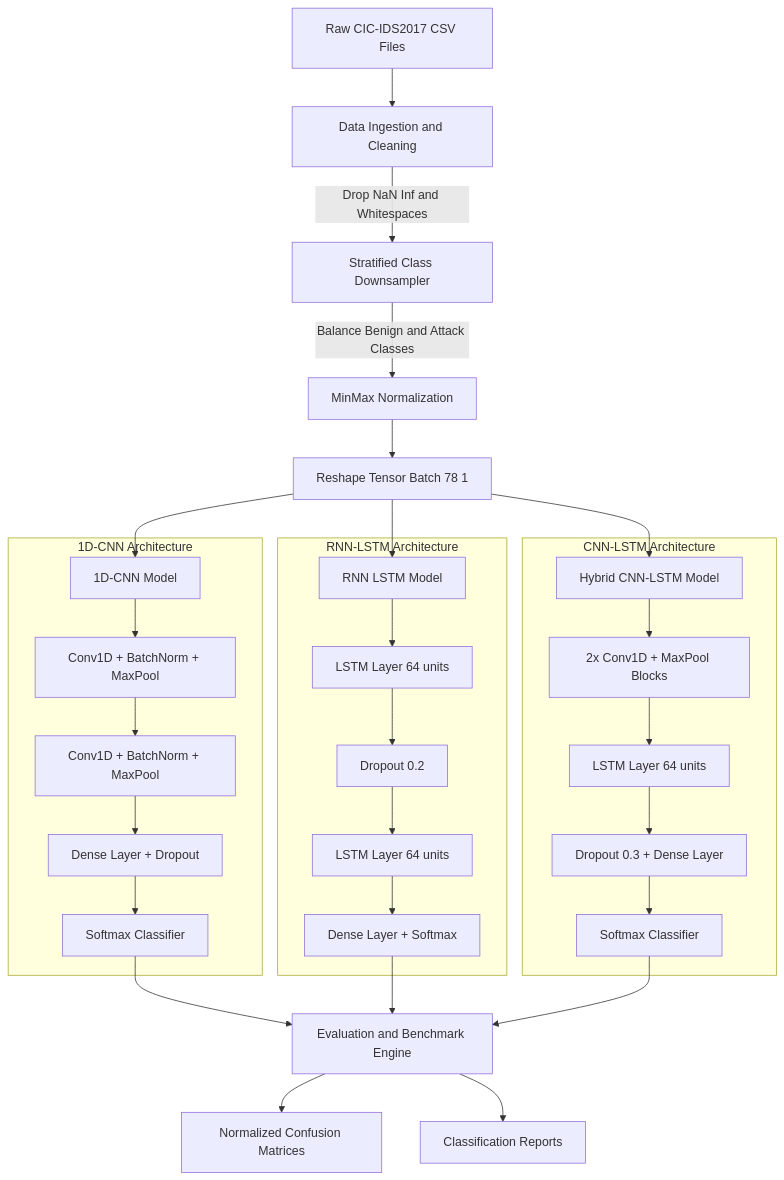
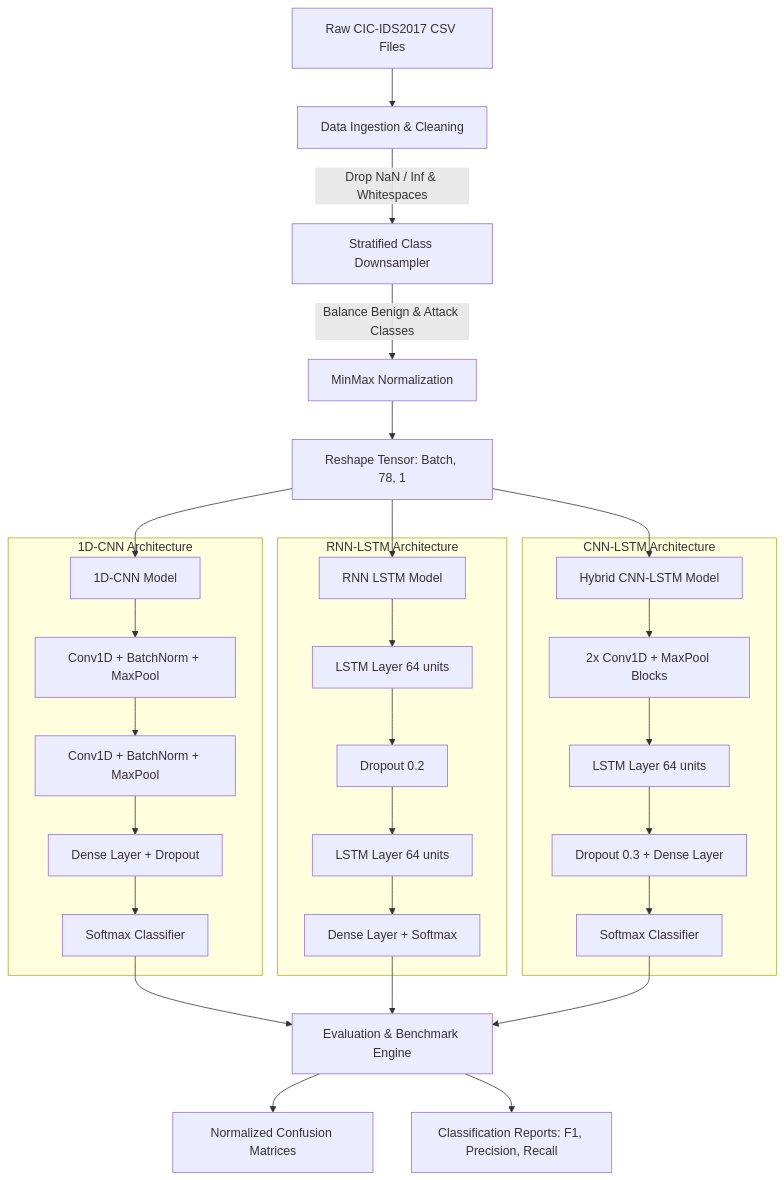
One commit to Arboreal-cohn3569/deep-flow-ids changed the first of 2 diagrams in README.md. Above: the diagram before and after it, drawn with Mermaid. The commit also changed other lines of this file, not shown here.

````diff
--- a/README.md
+++ b/README.md
@@ -32,39 +33,39 @@
 ```mermaid
 flowchart TD
-    A[Raw CIC-IDS2017 CSV Files] --> B[Data Ingestion and Cleaning]
-    B -->|Drop NaN Inf and Whitespaces| C[Stratified Class Downsampler]
-    C -->|Balance Benign and Attack Classes| D[MinMax Normalization]
-    D --> E[Reshape Tensor Batch 78 1]
+    A[Raw CIC-IDS2017 CSV Files] --> B[Data Ingestion & Cleaning]
+    B -->|Drop NaN / Inf & Whitespaces| C[Stratified Class Downsampler]
+    C -->|Balance Benign & Attack Classes| D[MinMax Normalization]
+    D --> E[Reshape Tensor: Batch, 78, 1]
     
     E --> F[1D-CNN Model]
     E --> G[RNN LSTM Model]
     E --> H[Hybrid CNN-LSTM Model]
     
-    subgraph CNN_Branch[1D-CNN Architecture]
+    subgraph CNN_Branch [1D-CNN Architecture]
         F --> F1[Conv1D + BatchNorm + MaxPool]
         F1 --> F2[Conv1D + BatchNorm + MaxPool]
         F2 --> F3[Dense Layer + Dropout]
         F3 --> F4[Softmax Classifier]
     end
 
-    subgraph RNN_Branch[RNN-LSTM Architecture]
+    subgraph RNN_Branch [RNN-LSTM Architecture]
         G --> G1[LSTM Layer 64 units]
         G1 --> G2[Dropout 0.2]
         G2 --> G3[LSTM Layer 64 units]
         G3 --> G4[Dense Layer + Softmax]
     end
 
-    subgraph Hybrid_Branch[CNN-LSTM Architecture]
+    subgraph Hybrid_Branch [CNN-LSTM Architecture]
         H --> H1[2x Conv1D + MaxPool Blocks]
         H1 --> H2[LSTM Layer 64 units]
         H2 --> H3[Dropout 0.3 + Dense Layer]
         H3 --> H4[Softmax Classifier]
     end
 
-    F4 --> I[Evaluation and Benchmark Engine]
+    F4 --> I[Evaluation & Benchmark Engine]
     G4 --> I
     H4 --> I
 
     I --> J[Normalized Confusion Matrices]
-    I --> K[Classification Reports]
+    I --> K[Classification Reports: F1, Precision, Recall]
 ```
````
